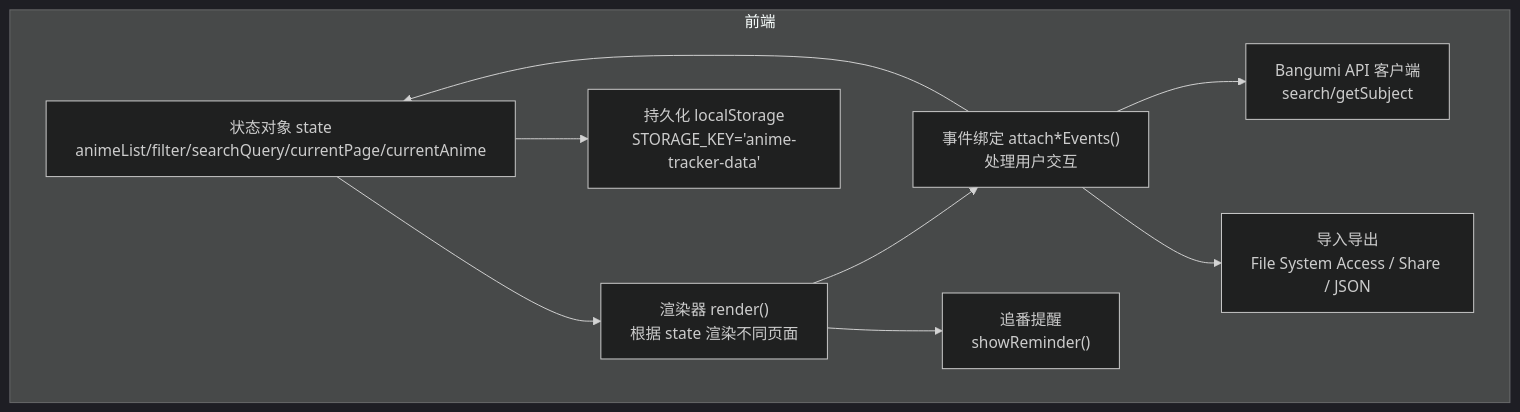
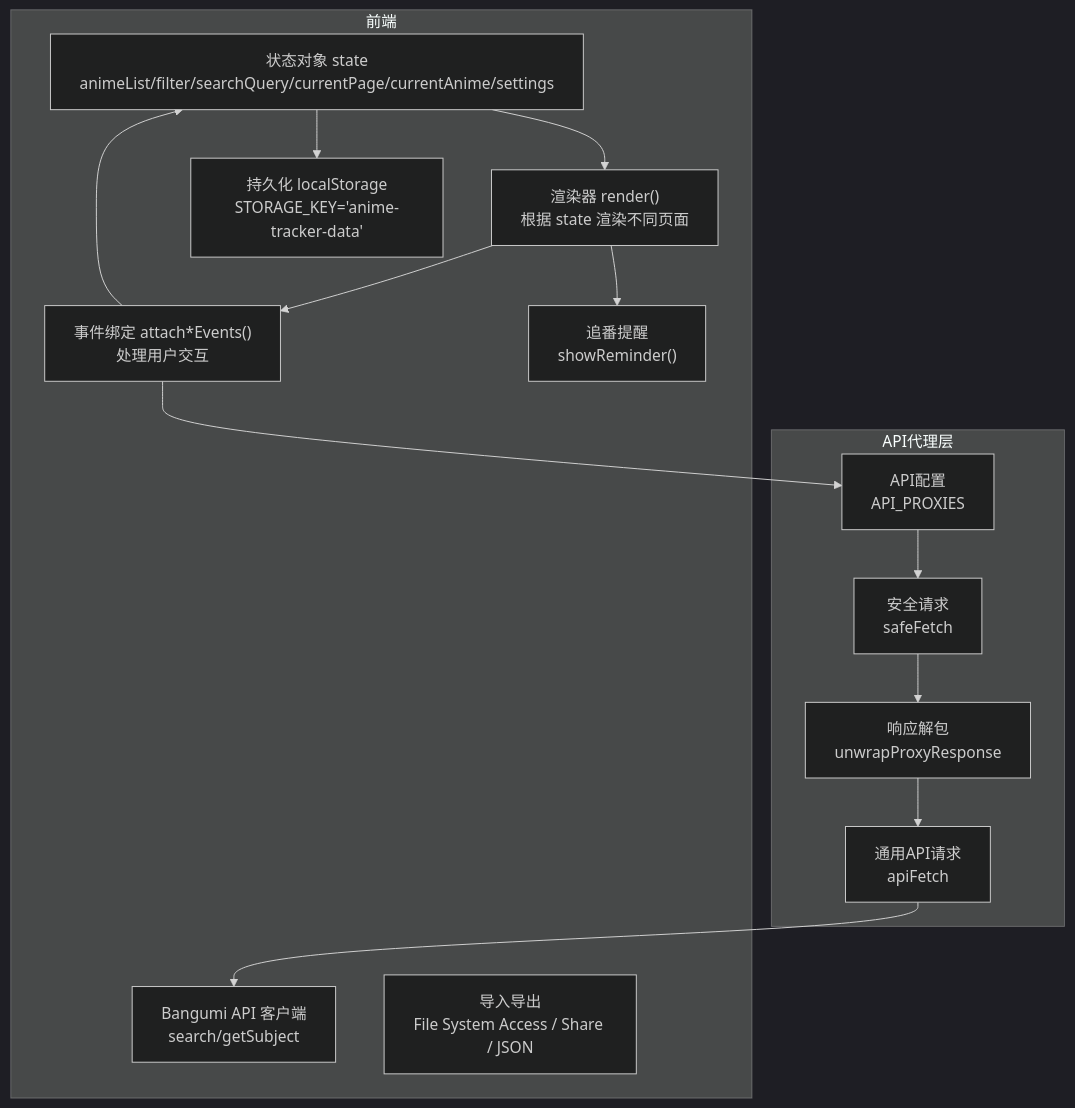
Before and after one commit to KAGUYA284/anima-list: the second of 11 diagrams in .qoder/repowiki/zh/content/核心功能模块/核心功能模块.md, drawn with Mermaid (dark theme). The commit also changed other lines of this file and 17 other files, not shown here.

````diff
--- a/.qoder/repowiki/zh/content/核心功能模块/核心功能模块.md
+++ b/.qoder/repowiki/zh/content/核心功能模块/核心功能模块.md
@@ -78,19 +116,25 @@
 ```mermaid
 graph TB
 subgraph "前端"
-S["状态对象 state<br/>animeList/filter/searchQuery/currentPage/currentAnime"]
+S["状态对象 state<br/>animeList/filter/searchQuery/currentPage/currentAnime/settings"]
 R["渲染器 render()<br/>根据 state 渲染不同页面"]
 E["事件绑定 attach*Events()<br/>处理用户交互"]
 P["持久化 localStorage<br/>STORAGE_KEY='anime-tracker-data'"]
 B["Bangumi API 客户端<br/>search/getSubject"]
 X["导入导出<br/>File System Access / Share / JSON"]
 M["追番提醒<br/>showReminder()"]
 end
+subgraph "API代理层"
+A["API配置<br/>API_PROXIES"]
+F["安全请求<br/>safeFetch"]
+U["响应解包<br/>unwrapProxyResponse"]
+Q["通用API请求<br/>apiFetch"]
+end
 S --> R
 R --> E
 E --> S
 S --> P
-E --> B
-E --> X
+E --> A
+A --> F --> U --> Q --> B
 R --> M
 ```
````
